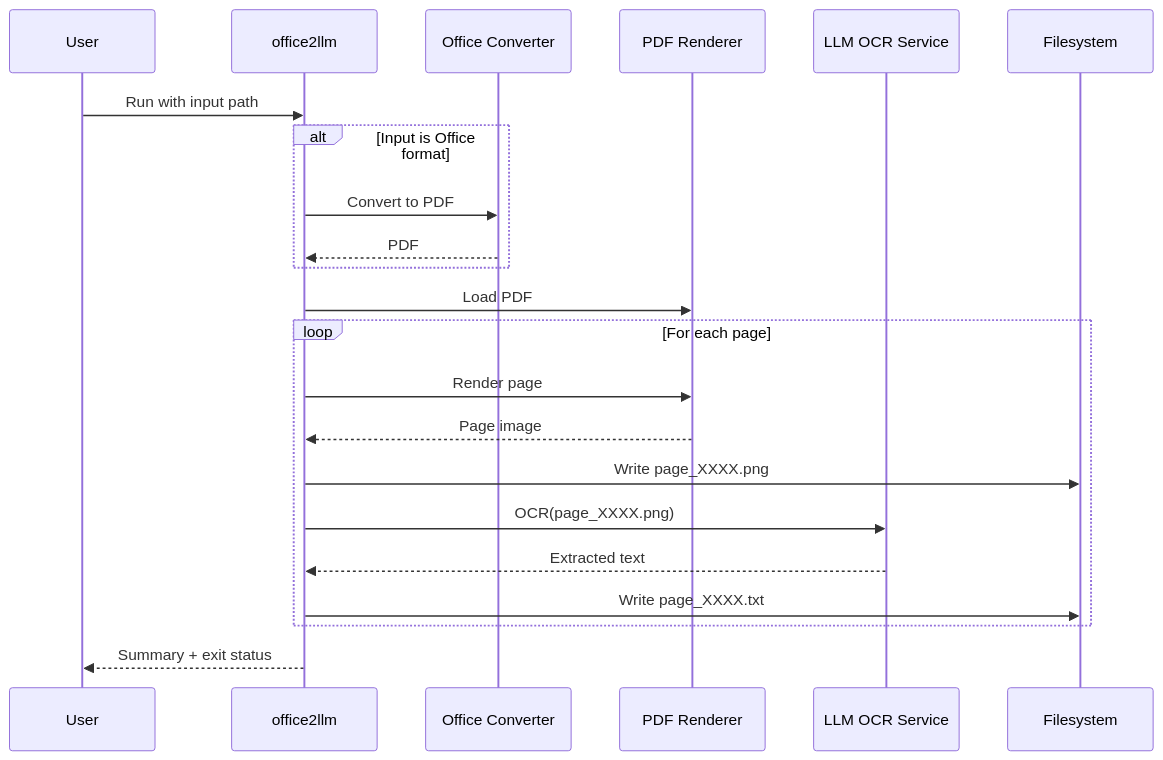
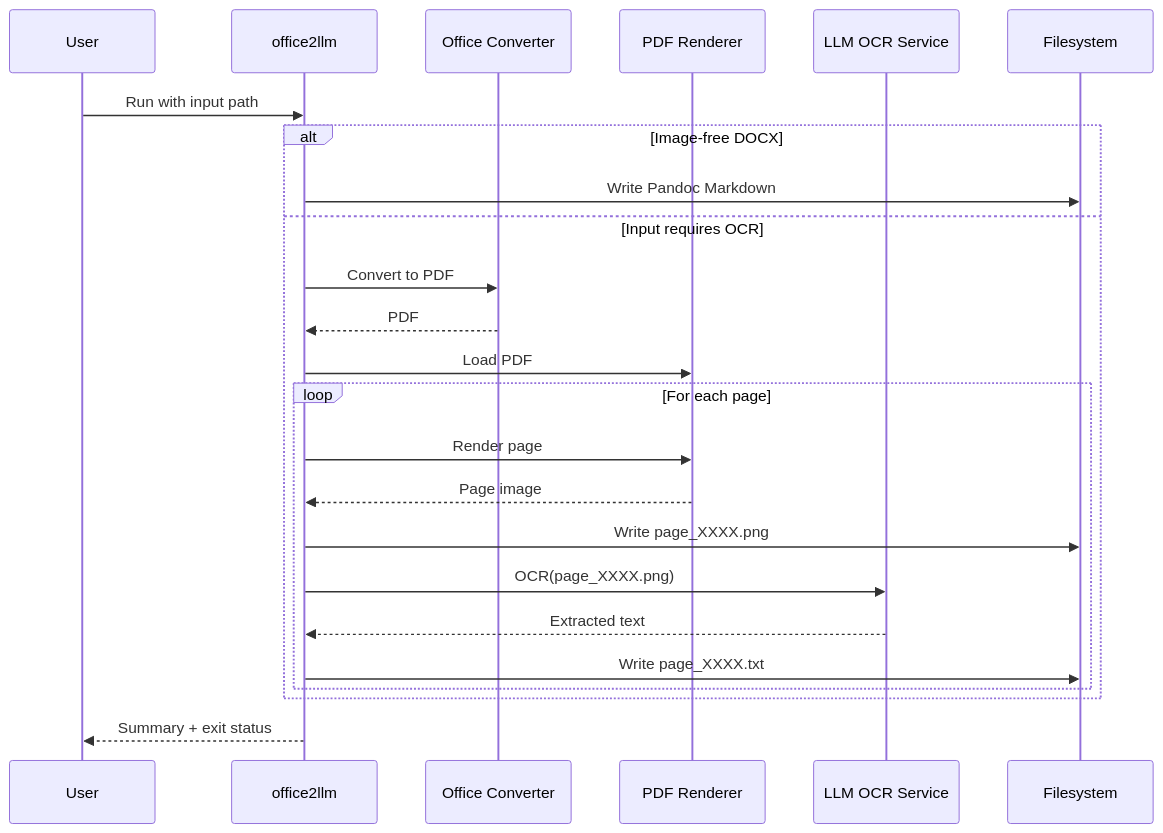
The third of 3 diagrams in ARCHITECTURE.md (vincenzodomina/office2llm), drawn with Mermaid before and after one commit. The commit also changed other lines of this file and 9 other files, not shown here.

Commit message:
feat: add pandoc docx conversion path, without api key

````diff
--- a/ARCHITECTURE.md
+++ b/ARCHITECTURE.md
@@ -49,25 +56,27 @@
 ```mermaid
 sequenceDiagram
   participant U as User
   participant CLI as office2llm
   participant LO as Office Converter
   participant PDF as PDF Renderer
   participant OCR as LLM OCR Service
   participant FS as Filesystem
 
   U->>CLI: Run with input path
-  alt Input is Office format
+  alt Image-free DOCX
+    CLI->>FS: Write Pandoc Markdown
+  else Input requires OCR
     CLI->>LO: Convert to PDF
     LO-->>CLI: PDF
-  end
-  CLI->>PDF: Load PDF
-  loop For each page
-    CLI->>PDF: Render page
-    PDF-->>CLI: Page image
-    CLI->>FS: Write page_XXXX.png
-    CLI->>OCR: OCR(page_XXXX.png)
-    OCR-->>CLI: Extracted text
-    CLI->>FS: Write page_XXXX.txt
+    CLI->>PDF: Load PDF
+    loop For each page
+      CLI->>PDF: Render page
+      PDF-->>CLI: Page image
+      CLI->>FS: Write page_XXXX.png
+      CLI->>OCR: OCR(page_XXXX.png)
+      OCR-->>CLI: Extracted text
+      CLI->>FS: Write page_XXXX.txt
+    end
   end
   CLI-->>U: Summary + exit status
 ```
````
